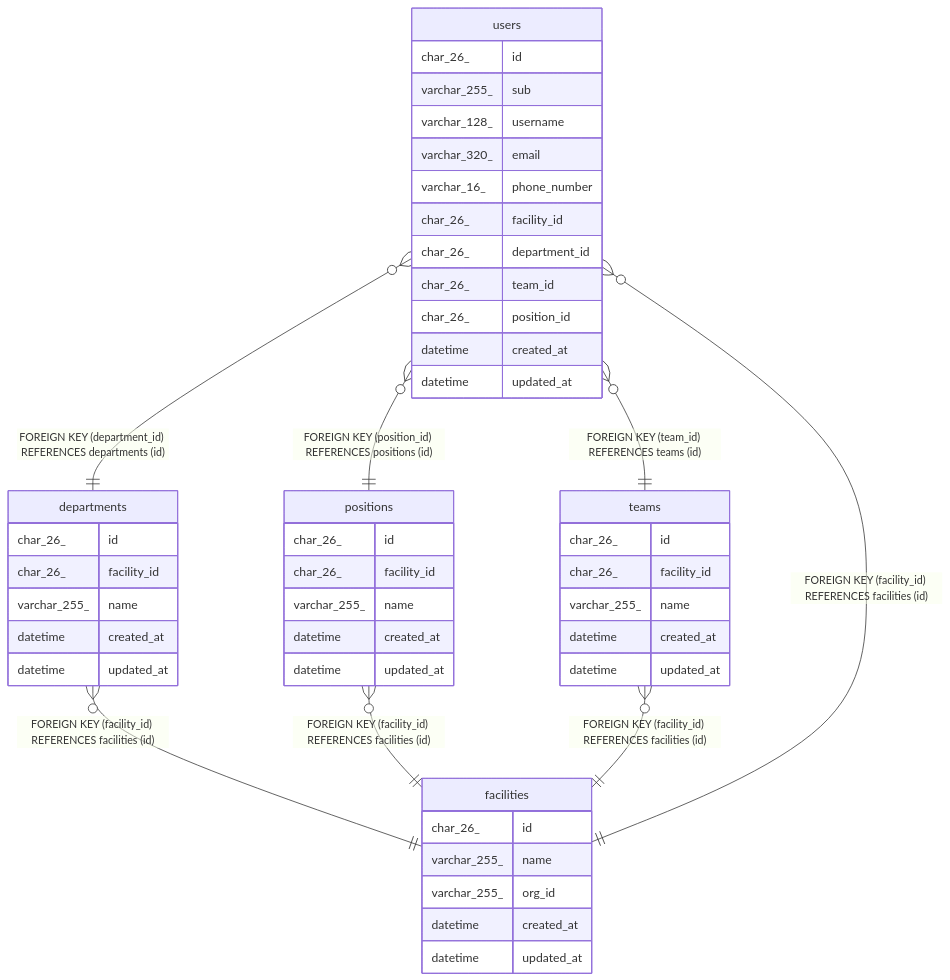
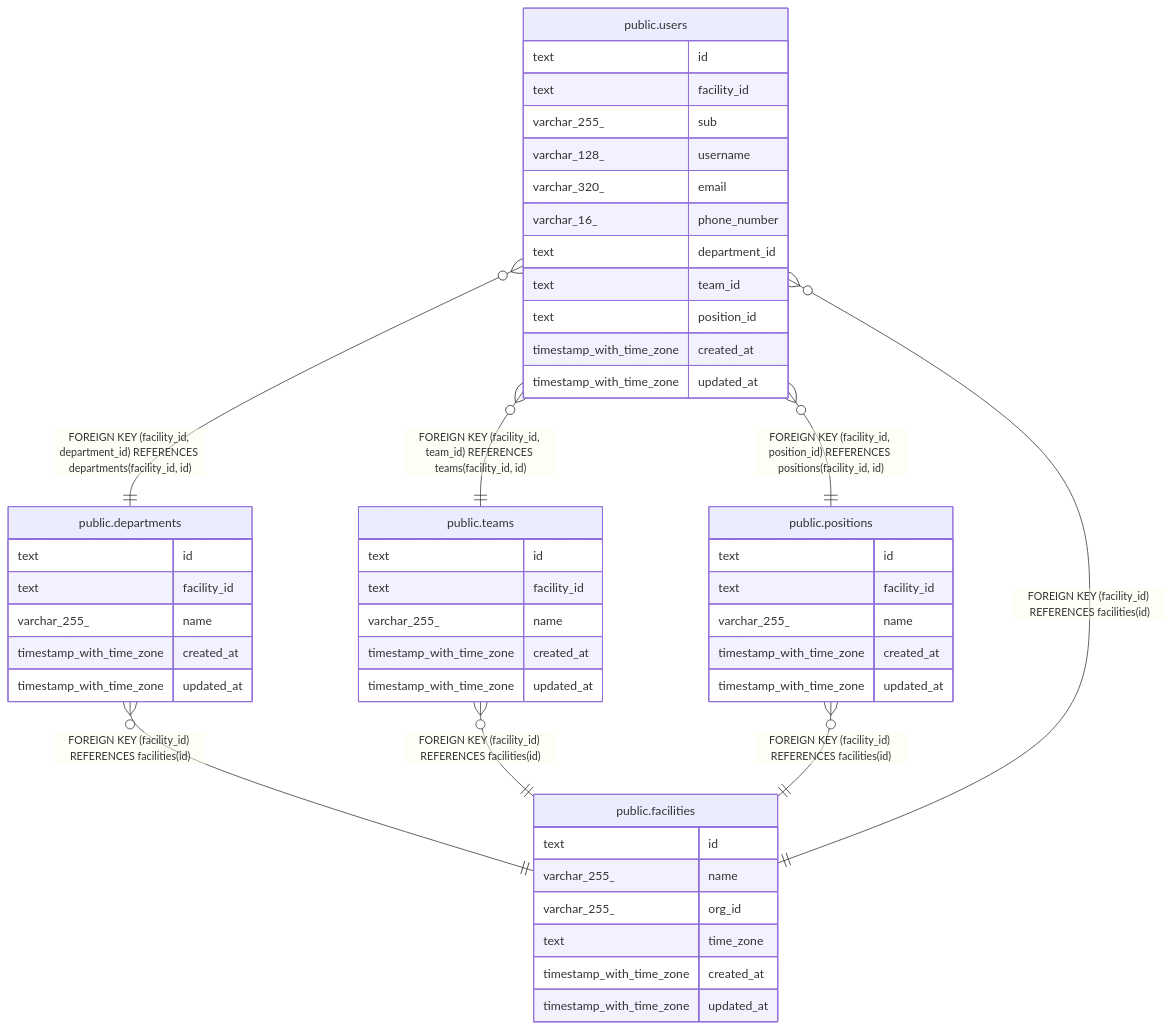
One commit to Fukuemon/buddy changed the diagram in docs/db/schedule-api/viewpoint-organization.md. Above: the diagram before and after it, drawn with Mermaid. The commit also changed other lines of this file and 62 other files, not shown here.

````diff
--- a/docs/db/schedule-api/viewpoint-organization.md
+++ b/docs/db/schedule-api/viewpoint-organization.md
@@ -19,53 +19,54 @@
 ```mermaid
 erDiagram
 
-"departments" }o--|| "facilities" : "FOREIGN KEY (facility_id) REFERENCES facilities (id)"
-"positions" }o--|| "facilities" : "FOREIGN KEY (facility_id) REFERENCES facilities (id)"
-"teams" }o--|| "facilities" : "FOREIGN KEY (facility_id) REFERENCES facilities (id)"
-"users" }o--|| "departments" : "FOREIGN KEY (department_id) REFERENCES departments (id)"
-"users" }o--|| "facilities" : "FOREIGN KEY (facility_id) REFERENCES facilities (id)"
-"users" }o--|| "positions" : "FOREIGN KEY (position_id) REFERENCES positions (id)"
-"users" }o--|| "teams" : "FOREIGN KEY (team_id) REFERENCES teams (id)"
+"public.departments" }o--|| "public.facilities" : "FOREIGN KEY (facility_id) REFERENCES facilities(id)"
+"public.teams" }o--|| "public.facilities" : "FOREIGN KEY (facility_id) REFERENCES facilities(id)"
+"public.positions" }o--|| "public.facilities" : "FOREIGN KEY (facility_id) REFERENCES facilities(id)"
+"public.users" }o--|| "public.facilities" : "FOREIGN KEY (facility_id) REFERENCES facilities(id)"
+"public.users" }o--|| "public.departments" : "FOREIGN KEY (facility_id, department_id) REFERENCES departments(facility_id, id)"
+"public.users" }o--|| "public.teams" : "FOREIGN KEY (facility_id, team_id) REFERENCES teams(facility_id, id)"
+"public.users" }o--|| "public.positions" : "FOREIGN KEY (facility_id, position_id) REFERENCES positions(facility_id, id)"
 
-"departments" {
-  char_26_ id
-  char_26_ facility_id
-  varchar_255_ name
-  datetime created_at
-  datetime updated_at
-}
-"facilities" {
-  char_26_ id
+"public.facilities" {
+  text id
   varchar_255_ name
   varchar_255_ org_id
-  datetime created_at
-  datetime updated_at
+  text time_zone
+  timestamp_with_time_zone created_at
+  timestamp_with_time_zone updated_at
 }
-"positions" {
-  char_26_ id
-  char_26_ facility_id
+"public.departments" {
+  text id
+  text facility_id
   varchar_255_ name
-  datetime created_at
-  datetime updated_at
+  timestamp_with_time_zone created_at
+  timestamp_with_time_zone updated_at
 }
-"teams" {
-  char_26_ id
-  char_26_ facility_id
+"public.teams" {
+  text id
+  text facility_id
   varchar_255_ name
-  datetime created_at
-  datetime updated_at
+  timestamp_with_time_zone created_at
+  timestamp_with_time_zone updated_at
 }
-"users" {
-  char_26_ id
+"public.positions" {
+  text id
+  text facility_id
+  varchar_255_ name
+  timestamp_with_time_zone created_at
+  timestamp_with_time_zone updated_at
+}
+"public.users" {
+  text id
+  text facility_id
   varchar_255_ sub
   varchar_128_ username
   varchar_320_ email
   varchar_16_ phone_number
-  char_26_ facility_id
-  char_26_ department_id
-  char_26_ team_id
-  char_26_ position_id
-  datetime created_at
-  datetime updated_at
+  text department_id
+  text team_id
+  text position_id
+  timestamp_with_time_zone created_at
+  timestamp_with_time_zone updated_at
 }
 ```
````
